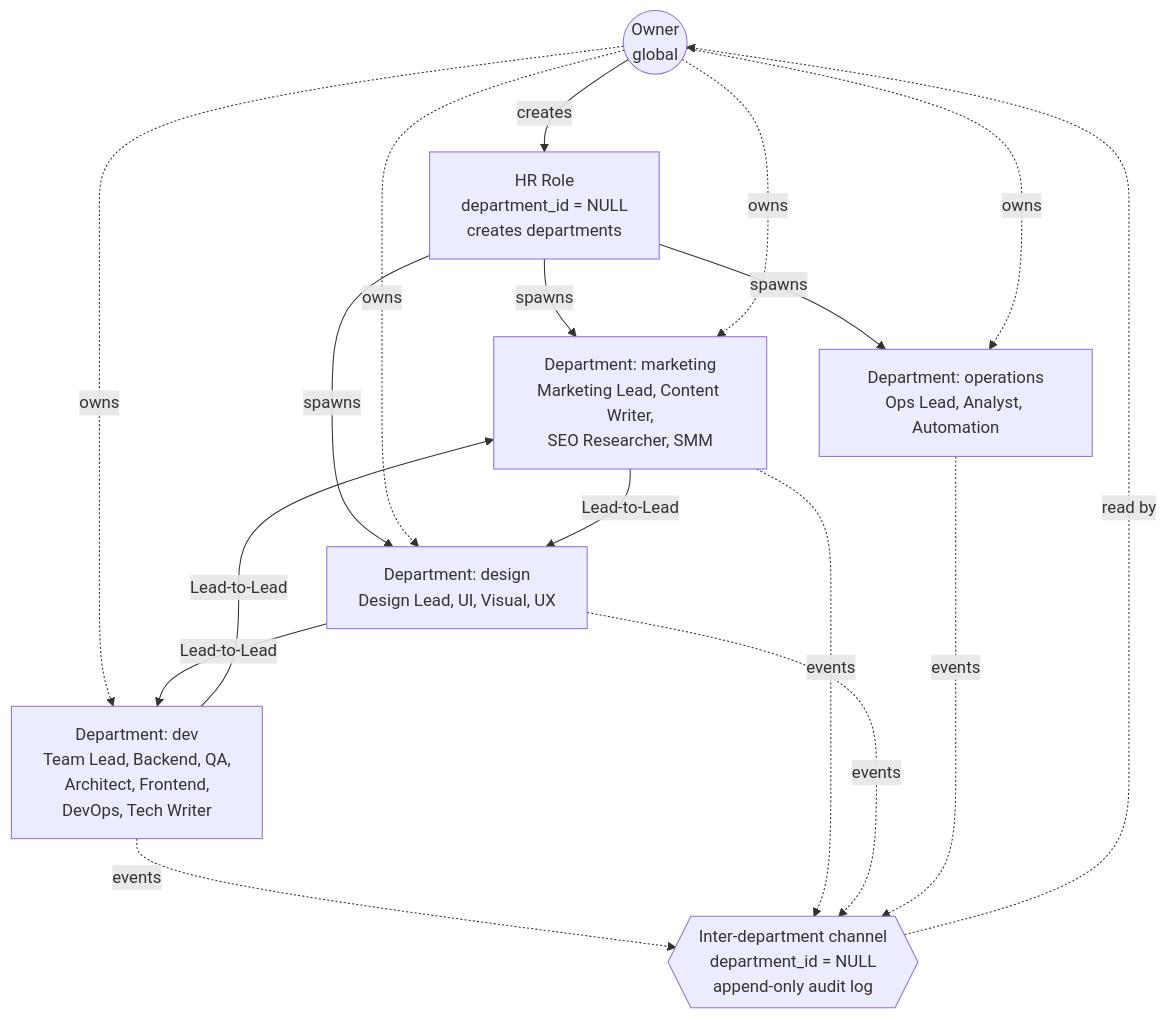
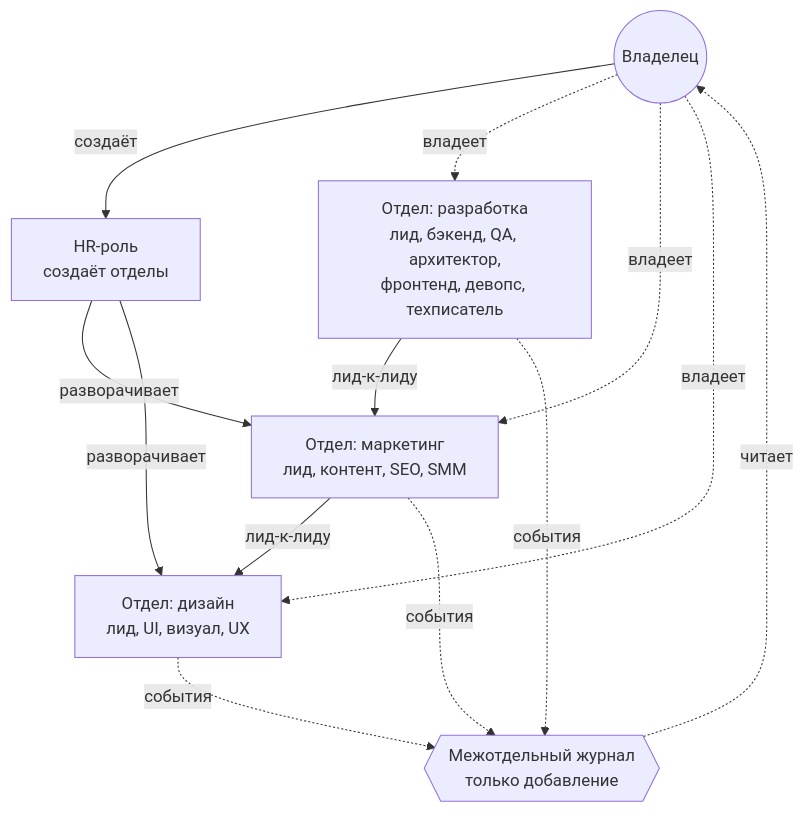
One commit to rdm9x/pride-team changed the diagram in README.md. Above: the diagram before and after it, drawn with Mermaid. The commit also changed other lines of this file and 2 other files, not shown here.

````diff
--- a/README.md
+++ b/README.md
@@ -88,29 +100,22 @@
 ```mermaid
 graph TB
-  owner((Owner<br/>global))
-  hr[HR Role<br/>department_id = NULL<br/>creates departments]
-  dev_dept[Department: dev<br/>Team Lead, Backend, QA,<br/>Architect, Frontend,<br/>DevOps, Tech Writer]
-  mkt_dept[Department: marketing<br/>Marketing Lead, Content Writer,<br/>SEO Researcher, SMM]
-  design_dept[Department: design<br/>Design Lead, UI, Visual, UX]
-  ops_dept[Department: operations<br/>Ops Lead, Analyst, Automation]
-  inter_chat{{Inter-department channel<br/>department_id = NULL<br/>append-only audit log}}
+  owner((Владелец))
+  hr[HR-роль<br/>создаёт отделы]
+  dev[Отдел: разработка<br/>лид, бэкенд, QA, архитектор,<br/>фронтенд, девопс, техписатель]
+  mkt[Отдел: маркетинг<br/>лид, контент, SEO, SMM]
+  des[Отдел: дизайн<br/>лид, UI, визуал, UX]
+  inter{{Межотдельный журнал<br/>только добавление}}
 
-  owner -- creates --> hr
-  hr -- spawns --> mkt_dept
-  hr -- spawns --> design_dept
-  hr -- spawns --> ops_dept
-  owner -. owns .-> dev_dept
-  owner -. owns .-> mkt_dept
-  owner -. owns .-> design_dept
-  owner -. owns .-> ops_dept
-
-  dev_dept -- Lead-to-Lead --> mkt_dept
-  mkt_dept -- Lead-to-Lead --> design_dept
-  design_dept -- Lead-to-Lead --> dev_dept
-
-  dev_dept -.events.-> inter_chat
-  mkt_dept -.events.-> inter_chat
-  design_dept -.events.-> inter_chat
-  ops_dept -.events.-> inter_chat
-  inter_chat -.read by.-> owner
+  owner -- создаёт --> hr
+  hr -- разворачивает --> mkt
+  hr -- разворачивает --> des
+  owner -. владеет .-> dev
+  owner -. владеет .-> mkt
+  owner -. владеет .-> des
+  dev -- лид-к-лиду --> mkt
+  mkt -- лид-к-лиду --> des
+  dev -.события.-> inter
+  mkt -.события.-> inter
+  des -.события.-> inter
+  inter -.читает.-> owner
 ```
````
